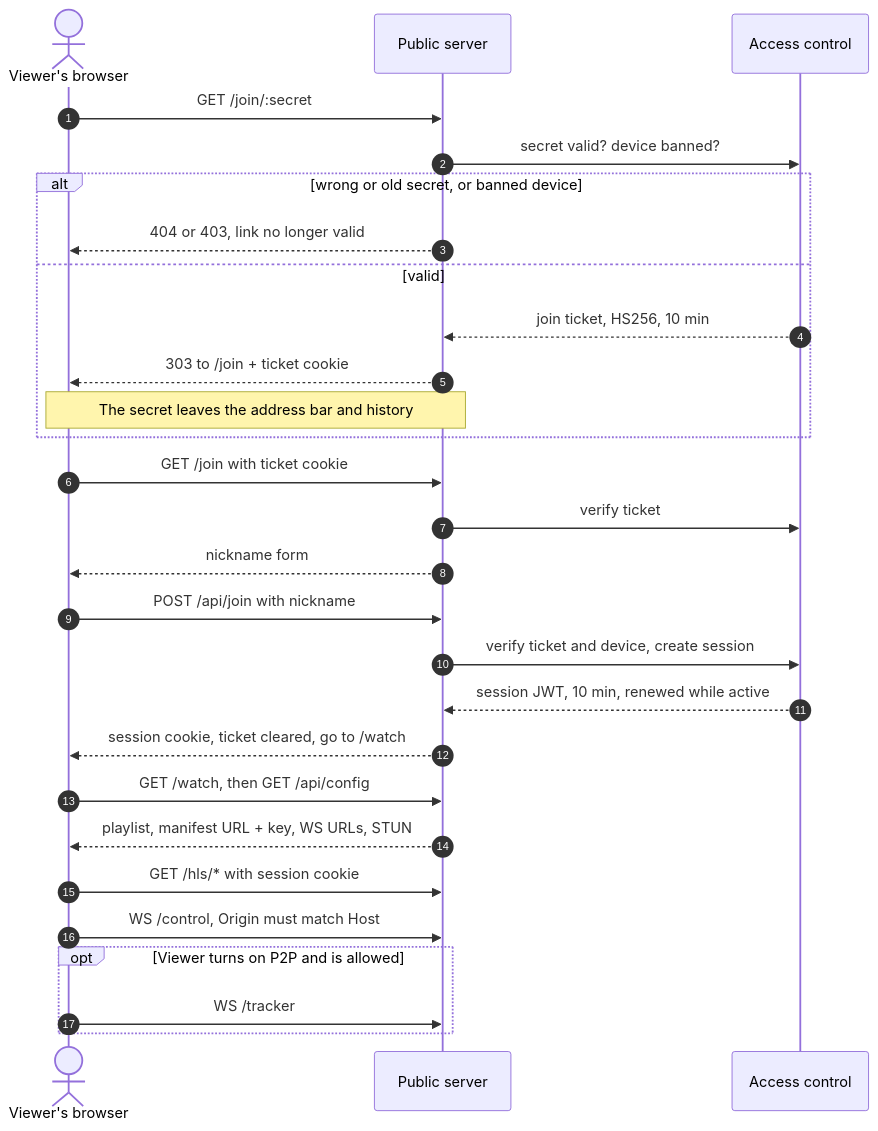
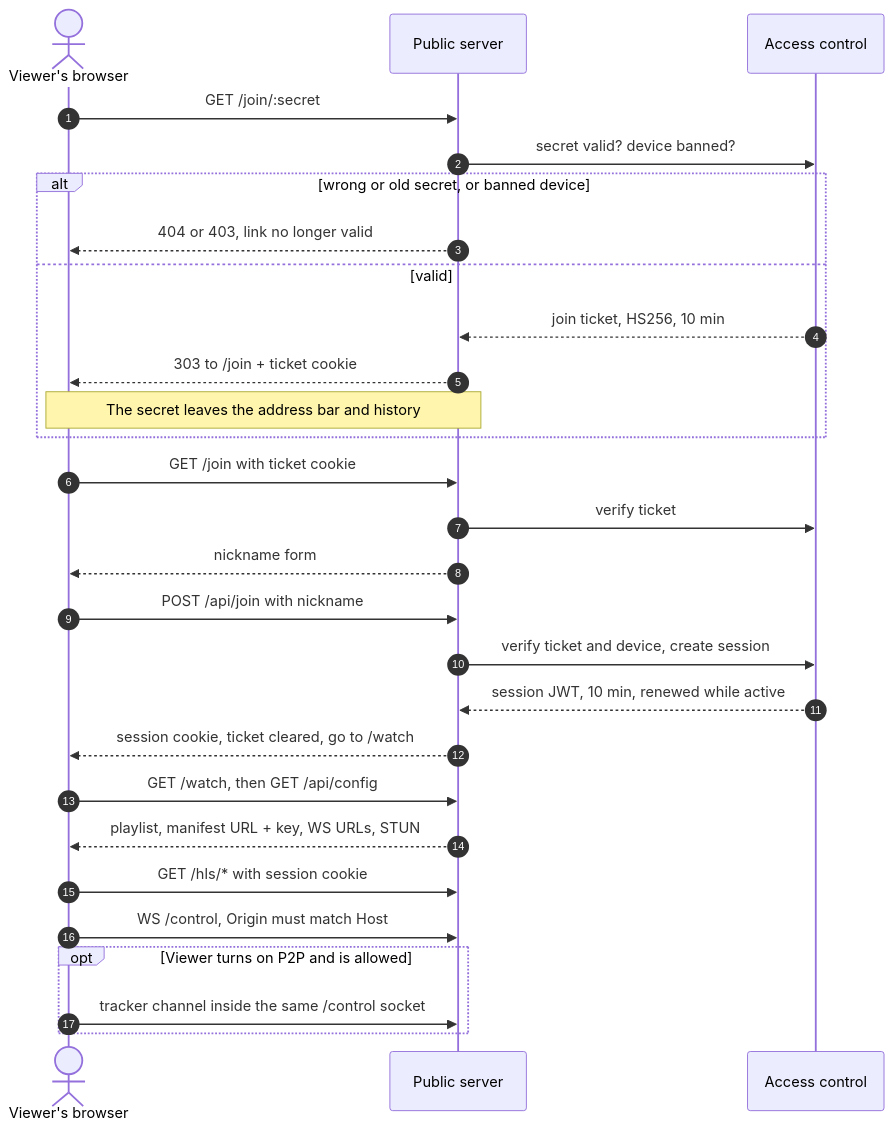
Before and after one commit to Lucas-Angelo/swarmcast: the fourth of 5 diagrams in docs/ARCHITECTURE.md, drawn with Mermaid. The commit also changed other lines of this file and 36 other files, not shown here.

Commit message:
feat(tunnel): one WebSocket per viewer (tracker rides on /control), measured quick-tunnel limit, honest viewer default and panel warning

````diff
--- a/docs/ARCHITECTURE.md
+++ b/docs/ARCHITECTURE.md
@@ -144,30 +144,30 @@
 ```mermaid
 sequenceDiagram
   autonumber
   actor V as Viewer's browser
   participant S as Public server
   participant A as Access control
   V->>S: GET /join/:secret
   S->>A: secret valid? device banned?
   alt wrong or old secret, or banned device
     S-->>V: 404 or 403, link no longer valid
   else valid
     A-->>S: join ticket, HS256, 10 min
     S-->>V: 303 to /join + ticket cookie
     Note over V,S: The secret leaves the address bar and history
   end
   V->>S: GET /join with ticket cookie
   S->>A: verify ticket
   S-->>V: nickname form
   V->>S: POST /api/join with nickname
   S->>A: verify ticket and device, create session
   A-->>S: session JWT, 10 min, renewed while active
   S-->>V: session cookie, ticket cleared, go to /watch
   V->>S: GET /watch, then GET /api/config
   S-->>V: playlist, manifest URL + key, WS URLs, STUN
   V->>S: GET /hls/* with session cookie
   V->>S: WS /control, Origin must match Host
   opt Viewer turns on P2P and is allowed
-    V->>S: WS /tracker
+    V->>S: tracker channel inside the same /control socket
   end
 ```
````
